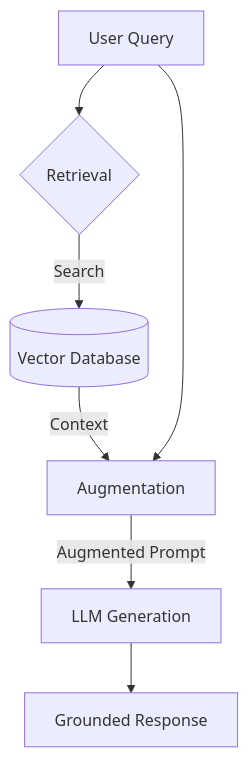
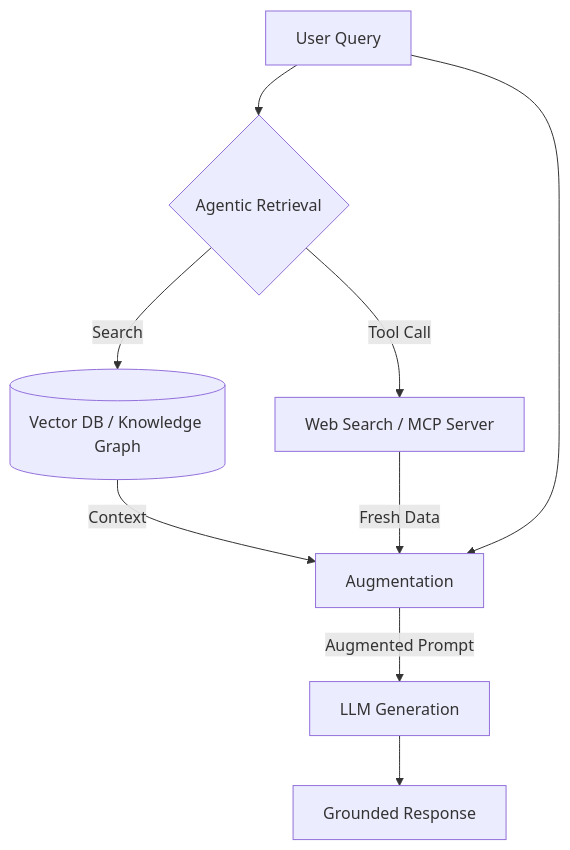
One commit to joanmarcriera/Home-office-automations changed the diagram in docs/knowledge_base/patterns/rag-pattern.md. Above: the diagram before and after it, drawn with Mermaid. The commit also changed other lines of this file and 5 other files, not shown here.

````diff
--- a/docs/knowledge_base/patterns/rag-pattern.md
+++ b/docs/knowledge_base/patterns/rag-pattern.md
@@ -18,9 +8,11 @@
 ```mermaid
 flowchart TD
-    A[User Query] --> B{Retrieval}
-    B -->|Search| C[(Vector Database)]
+    A[User Query] --> B{Agentic Retrieval}
+    B -->|Search| C[(Vector DB / Knowledge Graph)]
+    B -->|Tool Call| G[Web Search / MCP Server]
     C -->|Context| D[Augmentation]
+    G -->|Fresh Data| D
     A --> D
     D -->|Augmented Prompt| E[LLM Generation]
     E --> F[Grounded Response]
 ```
````
